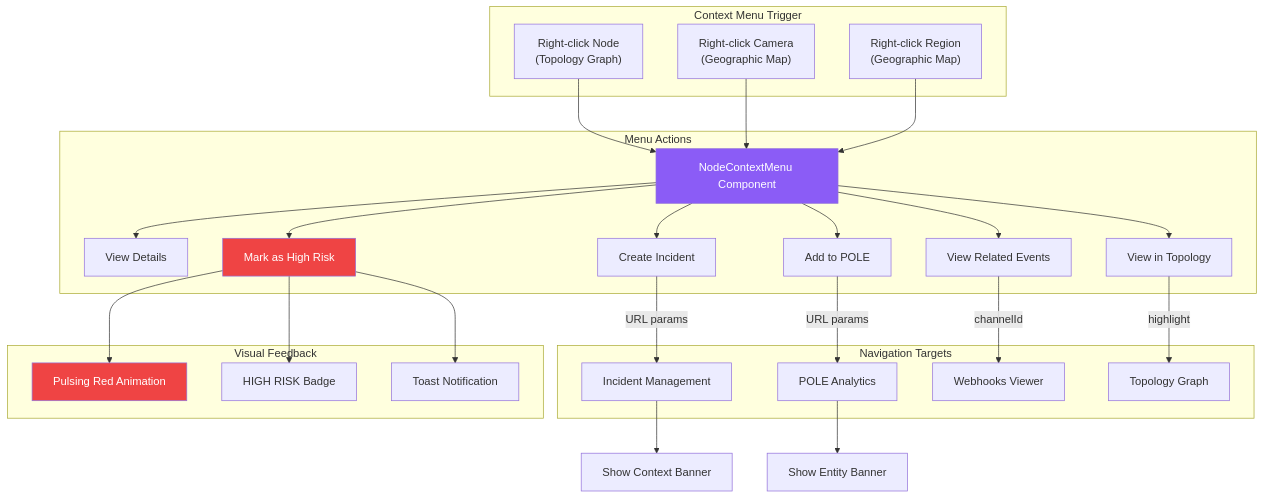
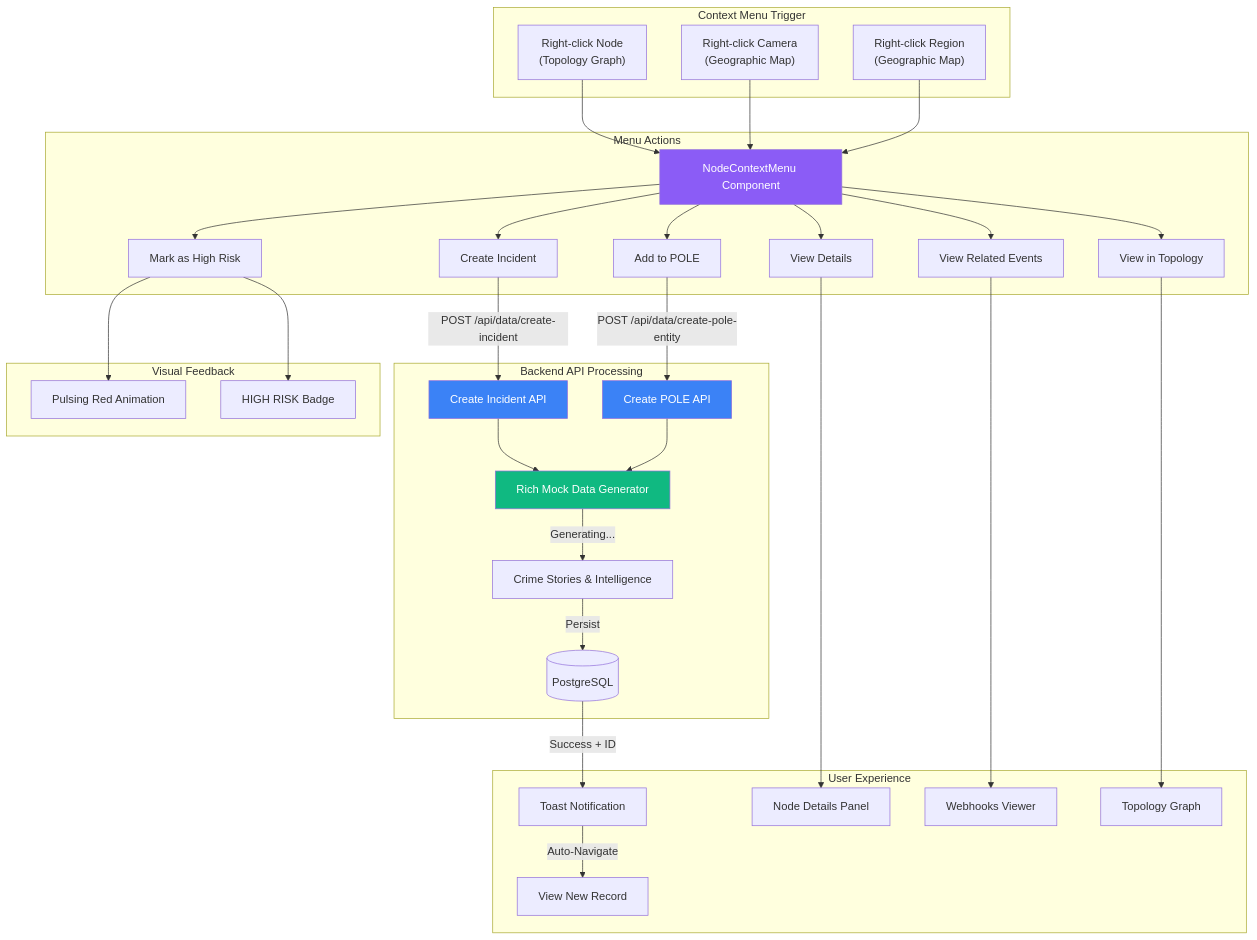
The first of 10 diagrams in README.md (IanNoble-Visium/ELI), drawn with Mermaid before and after one commit. The commit also changed other lines of this file and 10 other files, not shown here.

First line of the commit message:
feat: add topology reports schema and API endpoints

````diff
--- a/README.md
+++ b/README.md
@@ -150,41 +151,51 @@
 ```mermaid
 flowchart TB
     subgraph "Context Menu Trigger"
         T1["Right-click Node\n(Topology Graph)"] 
         T2["Right-click Camera\n(Geographic Map)"]
         T3["Right-click Region\n(Geographic Map)"]
     end
     
     T1 --> CM[NodeContextMenu Component]
     T2 --> CM
     T3 --> CM
     
     subgraph "Menu Actions"
         CM --> A1[View Details]
         CM --> A2[Create Incident]
         CM --> A3[Add to POLE]
         CM --> A4[View Related Events]
         CM --> A5[View in Topology]
         CM --> A6[Mark as High Risk]
     end
     
-    subgraph "Navigation Targets"
-        A2 --> |"URL params"| INC[Incident Management]
-        A3 --> |"URL params"| POLE[POLE Analytics]
-        A4 --> |"channelId"| WH[Webhooks Viewer]
-        A5 --> |"highlight"| TOP[Topology Graph]
+    subgraph "Backend API Processing"
+        A2 --> |"POST /api/data/create-incident"| API_INC[Create Incident API]
+        A3 --> |"POST /api/data/create-pole-entity"| API_POLE[Create POLE API]
+        
+        API_INC --> MOCK[Rich Mock Data Generator]
+        API_POLE --> MOCK
+        
+        MOCK --> |"Generating..."| STORIES[Crime Stories & Intelligence]
+        STORIES --> |"Persist"| DB[(PostgreSQL)]
+    end
+    
+    subgraph "User Experience"
+        DB --> |"Success + ID"| TOAST[Toast Notification]
+        TOAST --> |"Auto-Navigate"| VIEW[View New Record]
+        
+        A1 --> DETAILS[Node Details Panel]
+        A4 --> WH[Webhooks Viewer]
+        A5 --> TOP[Topology Graph]
     end
     
     subgraph "Visual Feedback"
         A6 --> VF1[Pulsing Red Animation]
         A6 --> VF2[HIGH RISK Badge]
-        A6 --> VF3[Toast Notification]
     end
     
-    INC --> B1[Show Context Banner]
-    POLE --> B2[Show Entity Banner]
-    
     style CM fill:#8B5CF6,color:#fff
-    style A6 fill:#EF4444,color:#fff
-    style VF1 fill:#EF4444,color:#fff
+    style MOCK fill:#10B981,color:#fff
+    style API_INC fill:#3B82F6,color:#fff
+    style API_POLE fill:#3B82F6,color:#fff
 ```
````
